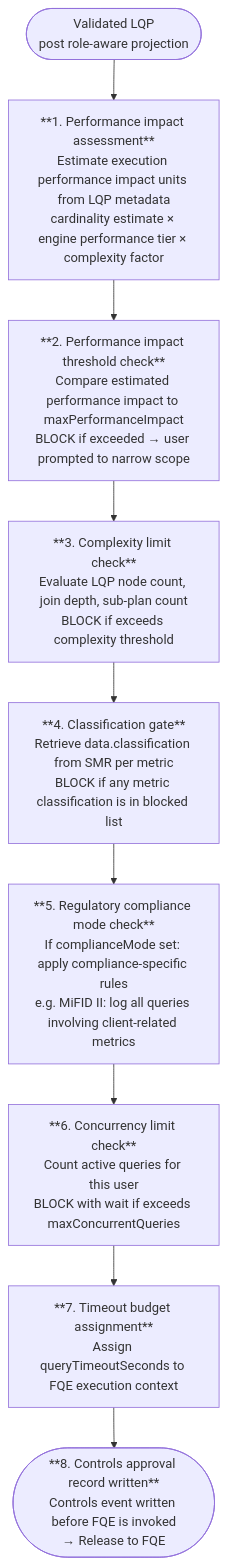
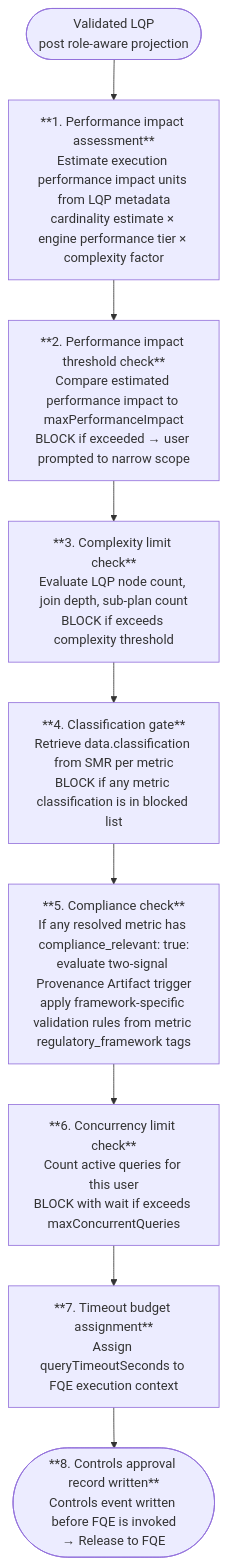
One commit to M-A-Operating-System/shared-work changed the fifth of 6 diagrams in docs/product/analytics/02-core-capabilities.md. Above: the diagram before and after it, drawn with Mermaid. The commit also changed other lines of this file, not shown here.

First line of the commit message:
Refactor compliance architecture: metric-driven framework model

````diff
--- a/docs/product/analytics/02-core-capabilities.md
+++ b/docs/product/analytics/02-core-capabilities.md
@@ -751,14 +753,14 @@
 ```mermaid
 flowchart TD
     START(["Validated LQP\npost role-aware projection"])
     S1["**1. Performance impact assessment**\nEstimate execution performance impact units from LQP metadata\ncardinality estimate × engine performance tier × complexity factor"]
     S2["**2. Performance impact threshold check**\nCompare estimated performance impact to maxPerformanceImpact\nBLOCK if exceeded → user prompted to narrow scope"]
     S3["**3. Complexity limit check**\nEvaluate LQP node count, join depth, sub-plan count\nBLOCK if exceeds complexity threshold"]
     S4["**4. Classification gate**\nRetrieve data.classification from SMR per metric\nBLOCK if any metric classification is in blocked list"]
-    S5["**5. Regulatory compliance mode check**\nIf complianceMode set: apply compliance-specific rules\ne.g. MiFID II: log all queries involving client-related metrics"]
+    S5["**5. Compliance check**\nIf any resolved metric has compliance_relevant: true:\nevaluate two-signal Provenance Artifact trigger\napply framework-specific validation rules from metric regulatory_framework tags"]
     S6["**6. Concurrency limit check**\nCount active queries for this user\nBLOCK with wait if exceeds maxConcurrentQueries"]
     S7["**7. Timeout budget assignment**\nAssign queryTimeoutSeconds to FQE execution context"]
     S8(["**8. Controls approval record written**\nControls event written before FQE is invoked\n→ Release to FQE"])
 
     START --> S1 --> S2 --> S3 --> S4 --> S5 --> S6 --> S7 --> S8
 ```
````
